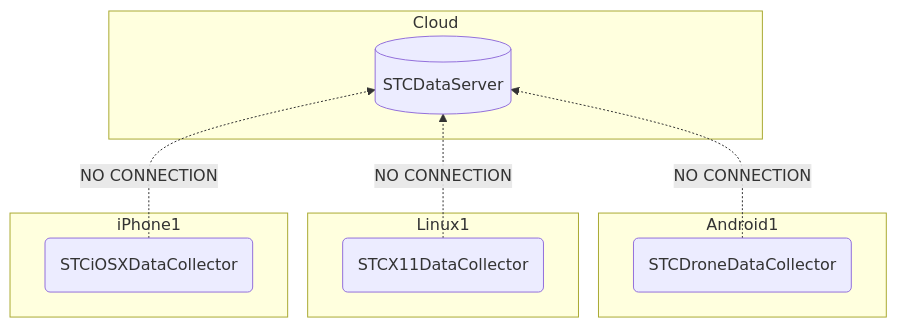
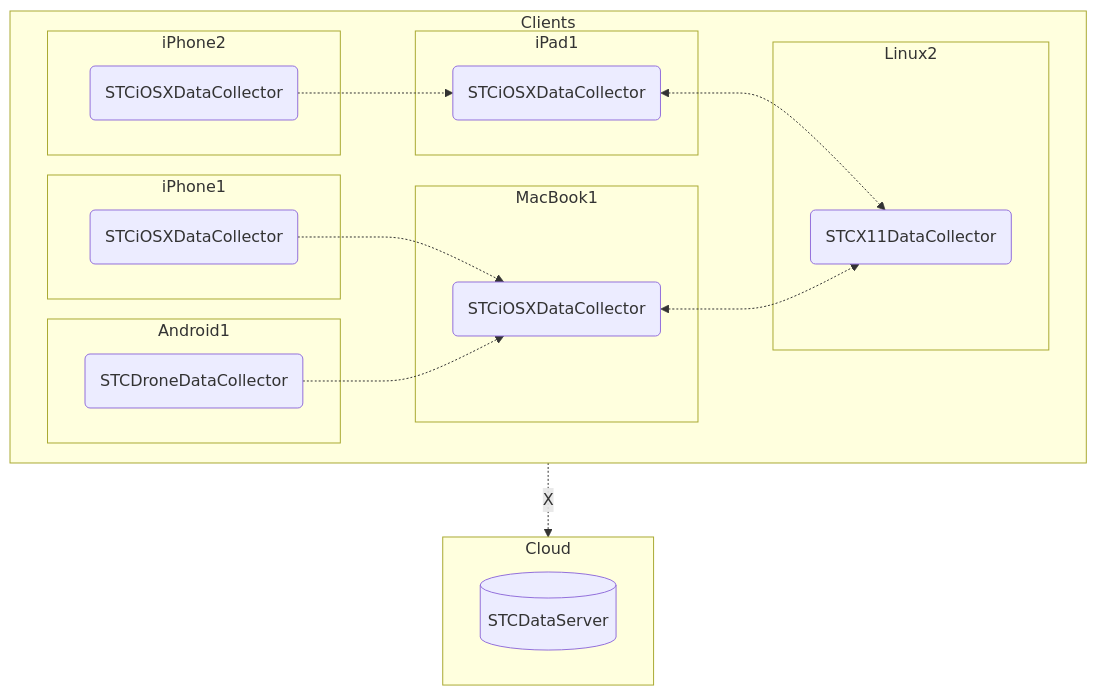
One commit to STCData/STCData changed the diagram in docs/EventualAvailability.md. Above: the diagram before and after it, drawn with Mermaid.

````diff
--- a/docs/EventualAvailability.md
+++ b/docs/EventualAvailability.md
@@ -1,17 +1,39 @@
 ```mermaid
-flowchart BT
+flowchart TB
+ subgraph Clients
   subgraph iPhone1
     c1(STCiOSXDataCollector)
   end
   
-  subgraph Linux1
-    c2(STCX11DataCollector)
+  subgraph iPhone2
+    c4(STCiOSXDataCollector)
   end
+  
+  subgraph iPad1
+    c5(STCiOSXDataCollector)
+  end
+  
+  subgraph MacBook1
+    c2(STCiOSXDataCollector)
+  end
+  
+  subgraph Linux2
+    c6(STCX11DataCollector)
+  end
+  
   subgraph Android1
     c3(STCDroneDataCollector)
   end
+  
+ end
   subgraph Cloud
-    s[(STCDataServer)]
+    sData[(STCDataServer)]
   end
-    c1 & c2 & c3 -.->|NO CONNECTION| s
+
+    Clients -.->|X| Cloud
+    c5 <-.-> c6
+    c2 <-.-> c6
+    c4 -.-> c5
+    c1 -.-> c2
+    c3 -.-> c2
 ```
````
